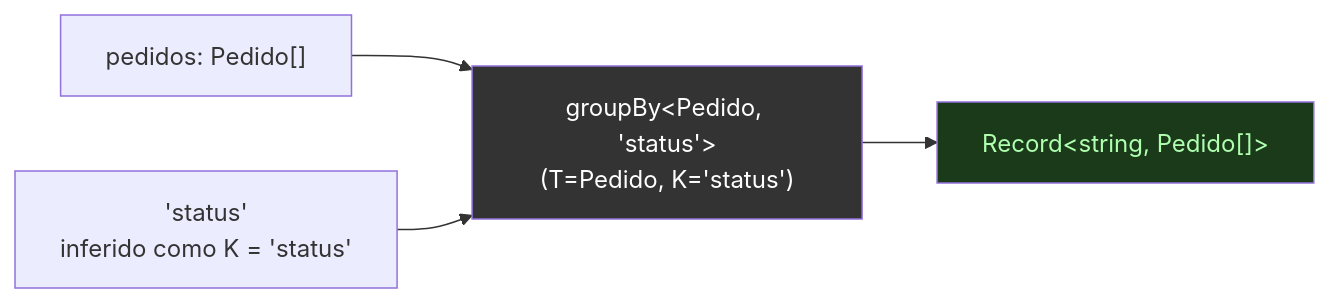
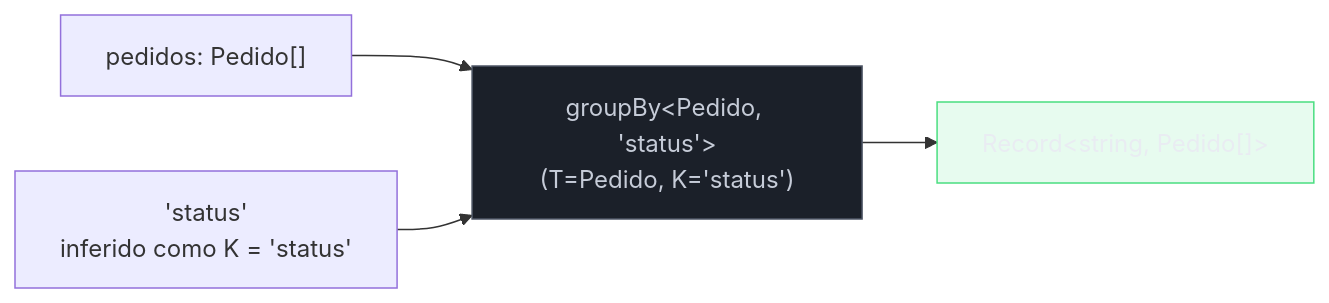
The fourth of 5 diagrams in 03-Dominios/Tecnologia/TypeScript/11 - Generics - funções e constraints.md (josenaldo/codex-technomanticus), drawn with Mermaid before and after one commit. The commit also changed other lines of this file and 1181 other files, not shown here.

First line of the commit message:
fix(diagramas): paleta do sistema no lugar de cor cravada no markdown

````diff
--- a/03-Dominios/Tecnologia/TypeScript/11 - Generics - funções e constraints.md
+++ b/03-Dominios/Tecnologia/TypeScript/11 - Generics - funções e constraints.md
@@ -288,14 +292,16 @@
 ```mermaid
 flowchart LR
+    classDef neutro fill:#1B2029,stroke:#4E5666,color:#C6CCD8
+    classDef ok fill:#4ADE8021,stroke:#4ADE80,color:#E9ECF2
     ARR["pedidos: Pedido[]"]
     KEY["'status'\ninferido como K = 'status'"]
     GBY["groupBy&lt;Pedido, 'status'&gt;\n(T=Pedido, K='status')"]
     OUT["Record&lt;string, Pedido[]&gt;"]
 
     ARR --> GBY
     KEY --> GBY
     GBY --> OUT
 
-    style GBY fill:#333,color:#fff
-    style OUT fill:#1a3a1a,color:#afffaf
+    class GBY neutro
+    class OUT ok
 ```
````
